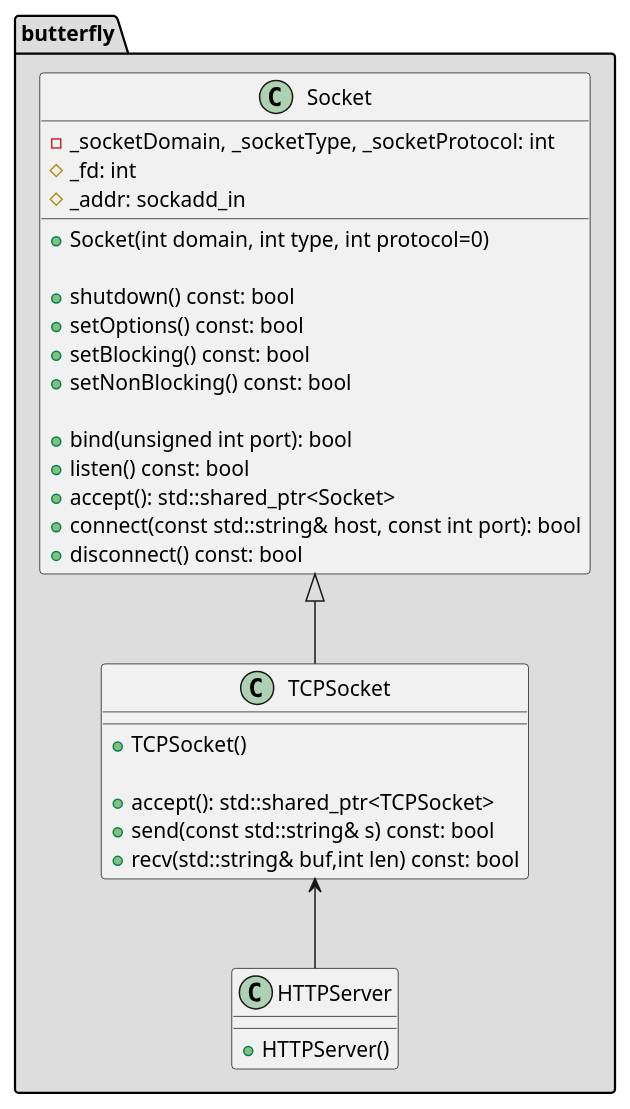
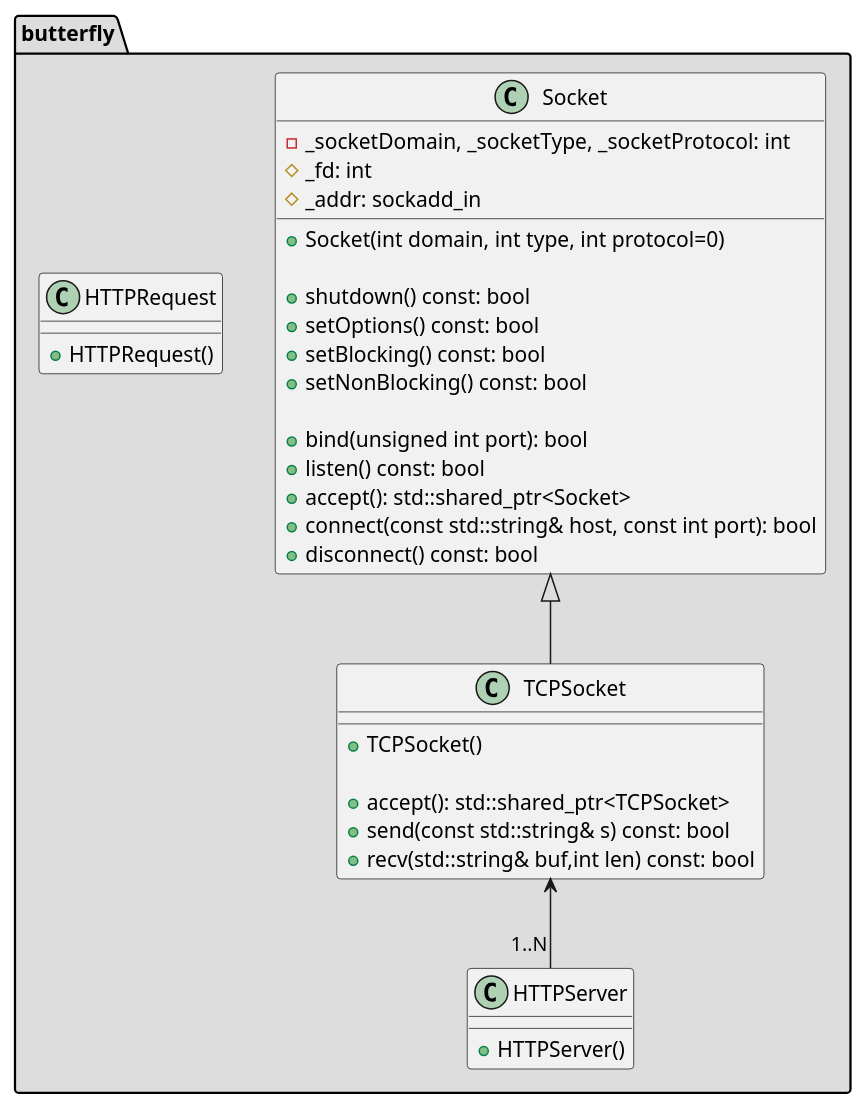
One commit to bierschi/butterfly changed the diagram in architecture/class_diagrams/httpServer.puml. Above: the diagram before and after it, drawn with PlantUML. The commit also changed 7 other files, not shown here.

```diff
--- a/architecture/class_diagrams/httpServer.puml
+++ b/architecture/class_diagrams/httpServer.puml
@@ -1,46 +1,52 @@
 @startuml
 'https://plantuml.com/sequence-diagram
 package butterfly #DDDDDD
 {
 
 class Socket
 {
     - _socketDomain, _socketType, _socketProtocol: int
     #_fd: int
     #_addr: sockadd_in
 
     +Socket(int domain, int type, int protocol=0)
 
     +shutdown() const: bool
     +setOptions() const: bool
     +setBlocking() const: bool
     +setNonBlocking() const: bool
 
     +bind(unsigned int port): bool
     +listen() const: bool
     +accept(): std::shared_ptr<Socket>
     +connect(const std::string& host, const int port): bool
     +disconnect() const: bool
 }
 
 class TCPSocket
 {
 
     +TCPSocket()
 
     +accept(): std::shared_ptr<TCPSocket>
     +send(const std::string& s) const: bool
     +recv(std::string& buf,int len) const: bool
 }
 
 class HTTPServer
 {
 
     +HTTPServer()
 }
 
+class HTTPRequest
+{
+
+    +HTTPRequest()
+}
+
 Socket <|-- TCPSocket
-TCPSocket <-- HTTPServer
+TCPSocket <-- "1..N" HTTPServer
 
 }
 @enduml
```
